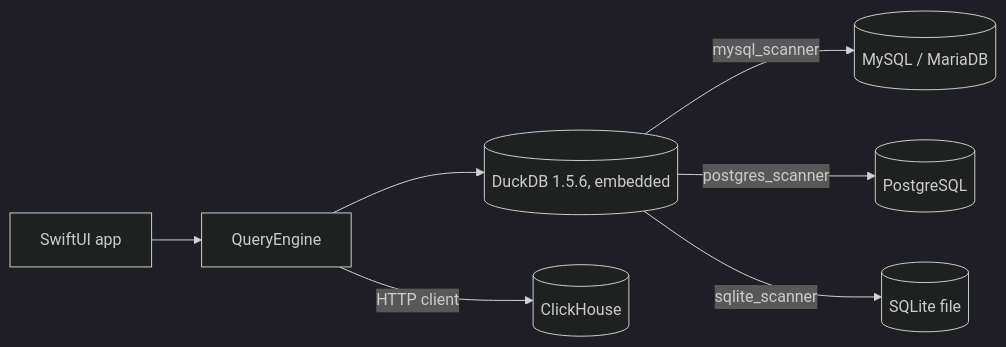
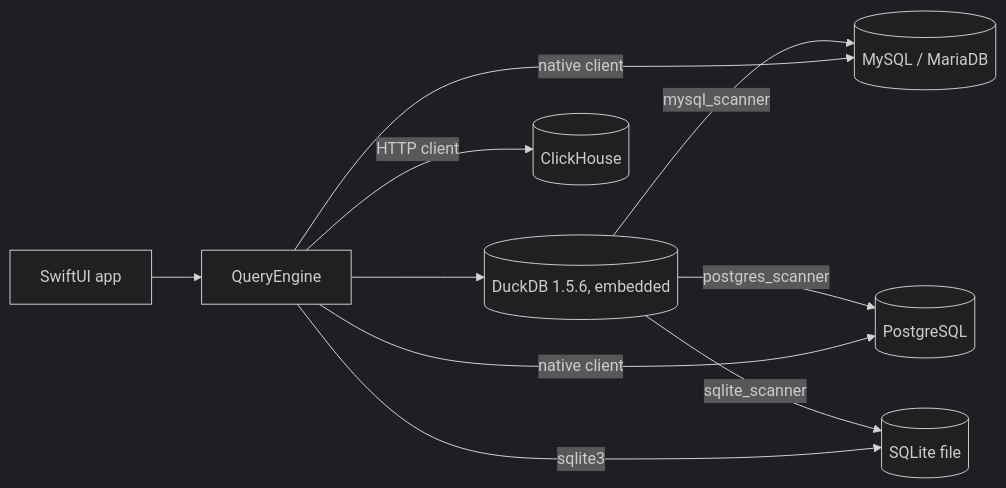
Before and after one commit to wadekarg/SequelBridge: the first of 2 diagrams in guide/ARCHITECTURE.md, drawn with Mermaid (dark theme). The commit also changed other lines of this file and 7 other files, not shown here.

````diff
--- a/guide/ARCHITECTURE.md
+++ b/guide/ARCHITECTURE.md
@@ -11,9 +11,12 @@
 ```mermaid
 flowchart LR
   UI[SwiftUI app] --> QE[QueryEngine]
   QE --> D[(DuckDB 1.5.6, embedded)]
   D -- mysql_scanner --> MY[(MySQL / MariaDB)]
   D -- postgres_scanner --> PG[(PostgreSQL)]
   D -- sqlite_scanner --> SL[(SQLite file)]
   QE -- HTTP client --> CH[(ClickHouse)]
+  QE -- native client --> MY
+  QE -- native client --> PG
+  QE -- sqlite3 --> SL
 ```
````
